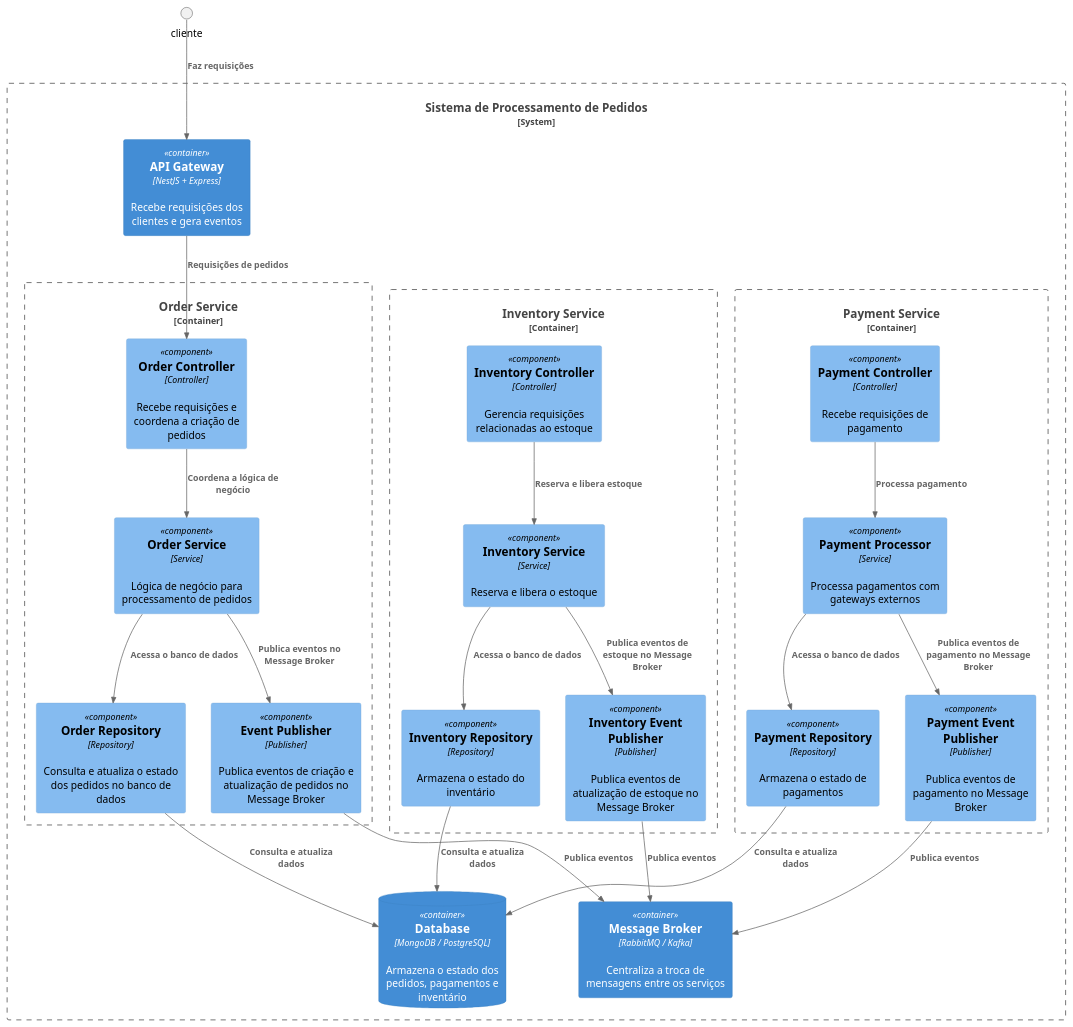
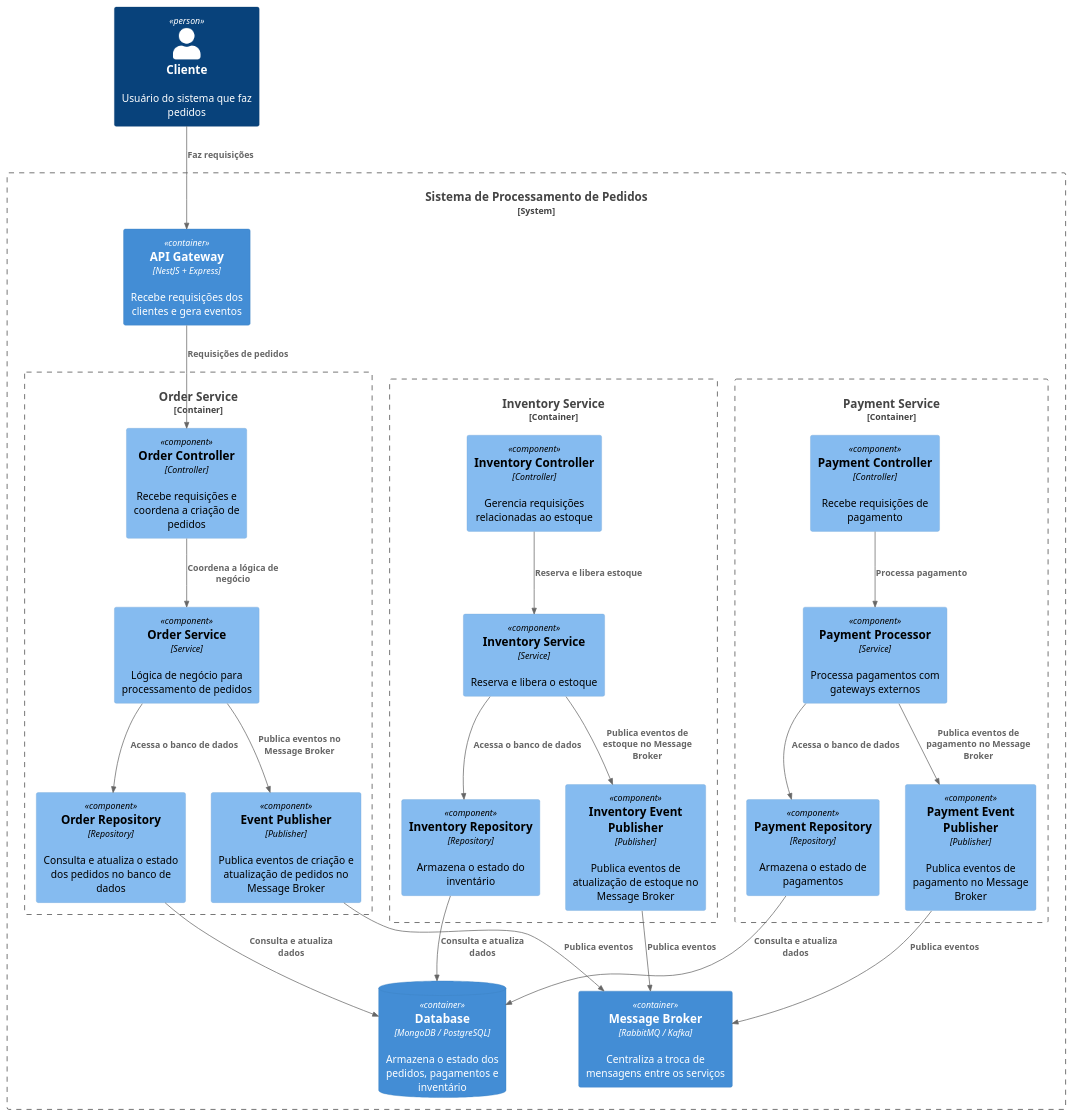
The diagram in n3-component.plantuml (jnerydesigner/Bemol), drawn with PlantUML before and after one commit. The commit also changed 6 other files, not shown here.

```diff
--- a/n3-component.plantuml
+++ b/n3-component.plantuml
@@ -1,55 +1,57 @@
 @startuml Component n3
 !include https://raw.githubusercontent.com/plantuml-stdlib/C4-PlantUML/master/C4_Component.puml
+
+Person(cliente, "Cliente", "Usuário do sistema que faz pedidos")
 
 System_Boundary(spp_boundary, "Sistema de Processamento de Pedidos") {
 
   Container(apiGateway, "API Gateway", "NestJS + Express", "Recebe requisições dos clientes e gera eventos")
 
   Container_Boundary(orderService, "Order Service") {
     Component(orderController, "Order Controller", "Controller", "Recebe requisições e coordena a criação de pedidos")
     Component(orderServiceComponent, "Order Service", "Service", "Lógica de negócio para processamento de pedidos")
     Component(orderRepository, "Order Repository", "Repository", "Consulta e atualiza o estado dos pedidos no banco de dados")
     Component(eventPublisher, "Event Publisher", "Publisher", "Publica eventos de criação e atualização de pedidos no Message Broker")
   }
 
   Container_Boundary(paymentService, "Payment Service") {
     Component(paymentController, "Payment Controller", "Controller", "Recebe requisições de pagamento")
     Component(paymentProcessor, "Payment Processor", "Service", "Processa pagamentos com gateways externos")
     Component(paymentRepository, "Payment Repository", "Repository", "Armazena o estado de pagamentos")
     Component(paymentEventPublisher, "Payment Event Publisher", "Publisher", "Publica eventos de pagamento no Message Broker")
   }
 
   Container_Boundary(inventoryService, "Inventory Service") {
     Component(inventoryController, "Inventory Controller", "Controller", "Gerencia requisições relacionadas ao estoque")
     Component(inventoryServiceComponent, "Inventory Service", "Service", "Reserva e libera o estoque")
     Component(inventoryRepository, "Inventory Repository", "Repository", "Armazena o estado do inventário")
     Component(inventoryEventPublisher, "Inventory Event Publisher", "Publisher", "Publica eventos de atualização de estoque no Message Broker")
   }
 
   Container(messageBroker, "Message Broker", "RabbitMQ / Kafka", "Centraliza a troca de mensagens entre os serviços")
 
   ContainerDb(database, "Database", "MongoDB / PostgreSQL", "Armazena o estado dos pedidos, pagamentos e inventário")
 }
 
 Rel(cliente, apiGateway, "Faz requisições")
 Rel(apiGateway, orderController, "Requisições de pedidos")
 Rel(orderController, orderServiceComponent, "Coordena a lógica de negócio")
 Rel(orderServiceComponent, orderRepository, "Acessa o banco de dados")
 Rel(orderServiceComponent, eventPublisher, "Publica eventos no Message Broker")
 
 Rel(paymentController, paymentProcessor, "Processa pagamento")
 Rel(paymentProcessor, paymentRepository, "Acessa o banco de dados")
 Rel(paymentProcessor, paymentEventPublisher, "Publica eventos de pagamento no Message Broker")
 
 Rel(inventoryController, inventoryServiceComponent, "Reserva e libera estoque")
 Rel(inventoryServiceComponent, inventoryRepository, "Acessa o banco de dados")
 Rel(inventoryServiceComponent, inventoryEventPublisher, "Publica eventos de estoque no Message Broker")
 
 Rel(eventPublisher, messageBroker, "Publica eventos")
 Rel(paymentEventPublisher, messageBroker, "Publica eventos")
 Rel(inventoryEventPublisher, messageBroker, "Publica eventos")
 Rel(orderRepository, database, "Consulta e atualiza dados")
 Rel(paymentRepository, database, "Consulta e atualiza dados")
 Rel(inventoryRepository, database, "Consulta e atualiza dados")
 
 @enduml
```
